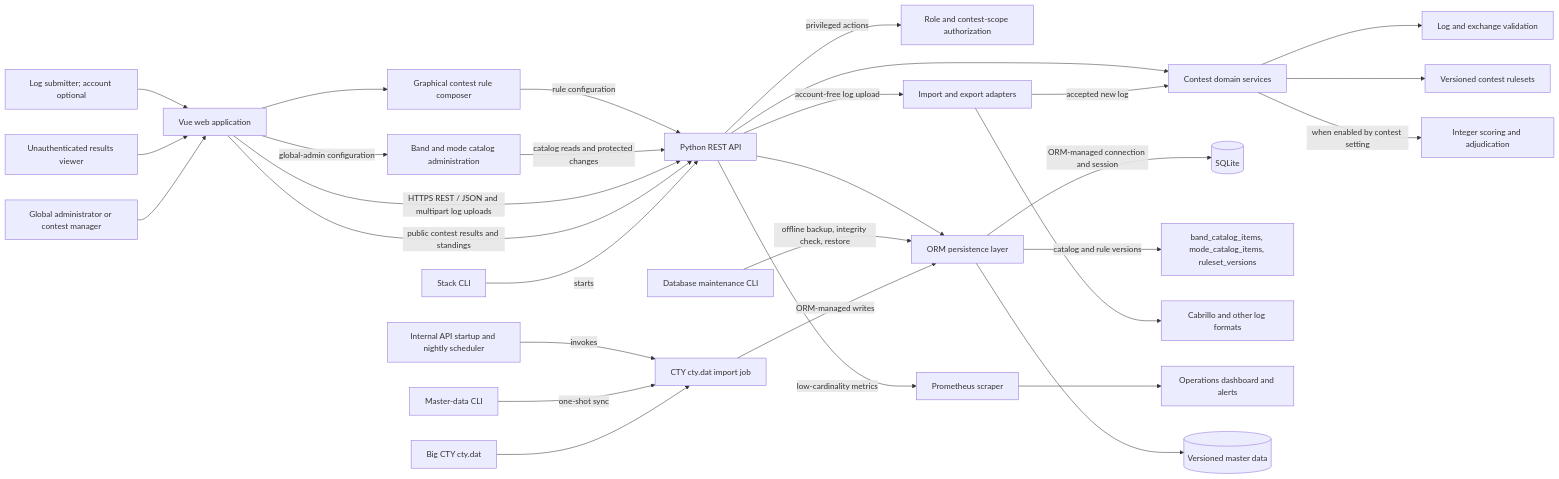
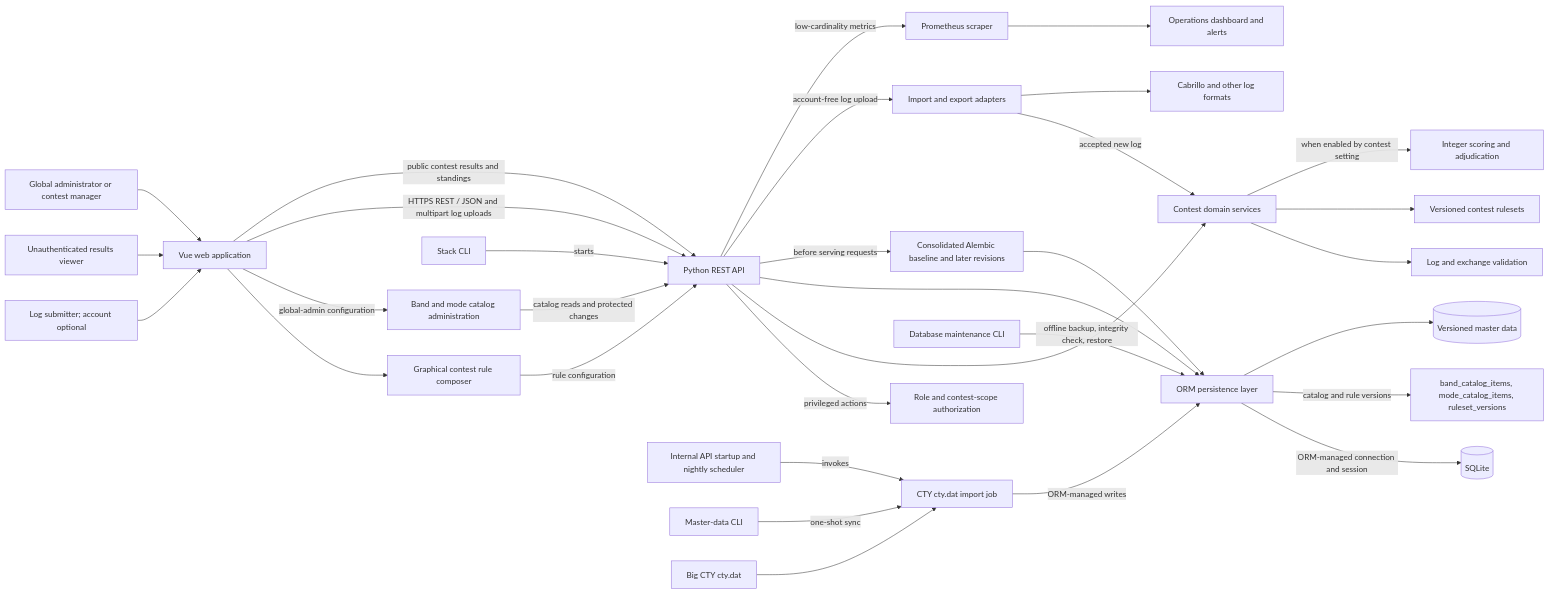
Before and after one commit to ea7klk/contestmaster: the first of 3 diagrams in documentation/README.md, drawn with Mermaid. The commit also changed other lines of this file and 28 other files, not shown here.

First line of the commit message:
Consolidate schema migrations at API startup

````diff
--- a/documentation/README.md
+++ b/documentation/README.md
@@ -79,32 +79,34 @@
 ```mermaid
 flowchart LR
     Participant[Log submitter; account optional] --> Web[Vue web application]
     Visitor[Unauthenticated results viewer] --> Web
     PrivilegedUser[Global administrator or contest manager] --> Web
     Web --> Composer[Graphical contest rule composer]
     Web -->|global-admin configuration| CatalogAdmin[Band and mode catalog administration]
     Composer -->|rule configuration| API[Python REST API]
     CatalogAdmin -->|catalog reads and protected changes| API
     Web -->|HTTPS REST / JSON and multipart log uploads| API[Python REST API]
     Web -->|public contest results and standings| API
     API -->|privileged actions| Auth[Role and contest-scope authorization]
     API --> Domain[Contest domain services]
     Domain --> Validation[Log and exchange validation]
     Domain --> Rules[Versioned contest rulesets]
     Domain -->|when enabled by contest setting| Scoring[Integer scoring and adjudication]
     API --> Store[ORM persistence layer]
+    API -->|before serving requests| SchemaMigration[Consolidated Alembic baseline and later revisions]
+    SchemaMigration --> Store
     Store -->|ORM-managed connection and session| DB[(SQLite)]
     Store -->|catalog and rule versions| OperatingCatalog[band_catalog_items, mode_catalog_items, ruleset_versions]
     API -->|account-free log upload| Adapters[Import and export adapters]
     Adapters -->|accepted new log| Domain
     Adapters --> Formats[Cabrillo and other log formats]
     Timer[Internal API startup and nightly scheduler] -->|invokes| MasterImport[CTY cty.dat import job]
     StackCLI[Stack CLI] -->|starts| API
     MasterCLI[Master-data CLI] -->|one-shot sync| MasterImport
     DBCLI[Database maintenance CLI] -->|offline backup, integrity check, restore| Store
     API -->|low-cardinality metrics| Prometheus[Prometheus scraper]
     Prometheus --> Dashboard[Operations dashboard and alerts]
     CTYSource[Big CTY cty.dat] --> MasterImport
     MasterImport -->|ORM-managed writes| Store
     Store --> ReferenceData[(Versioned master data)]
 ```
````
